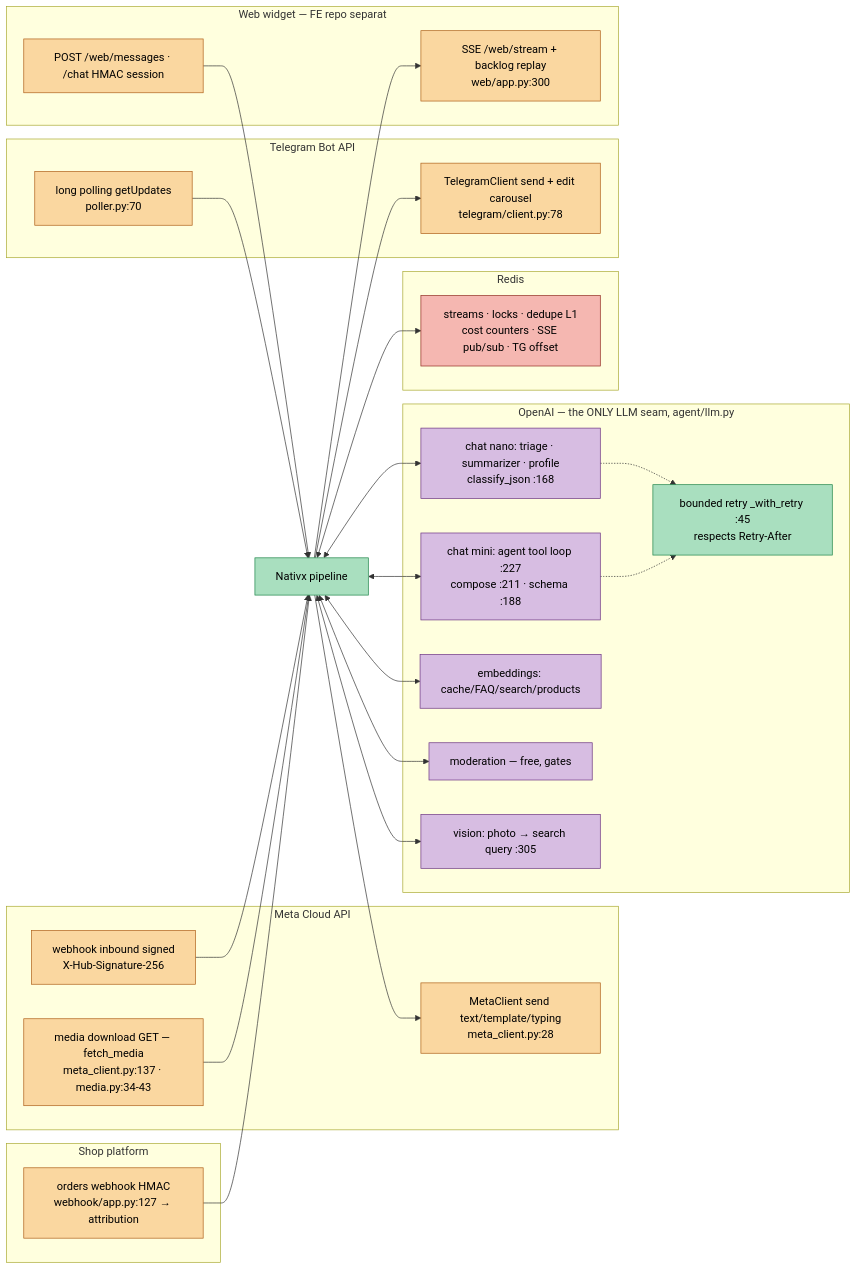
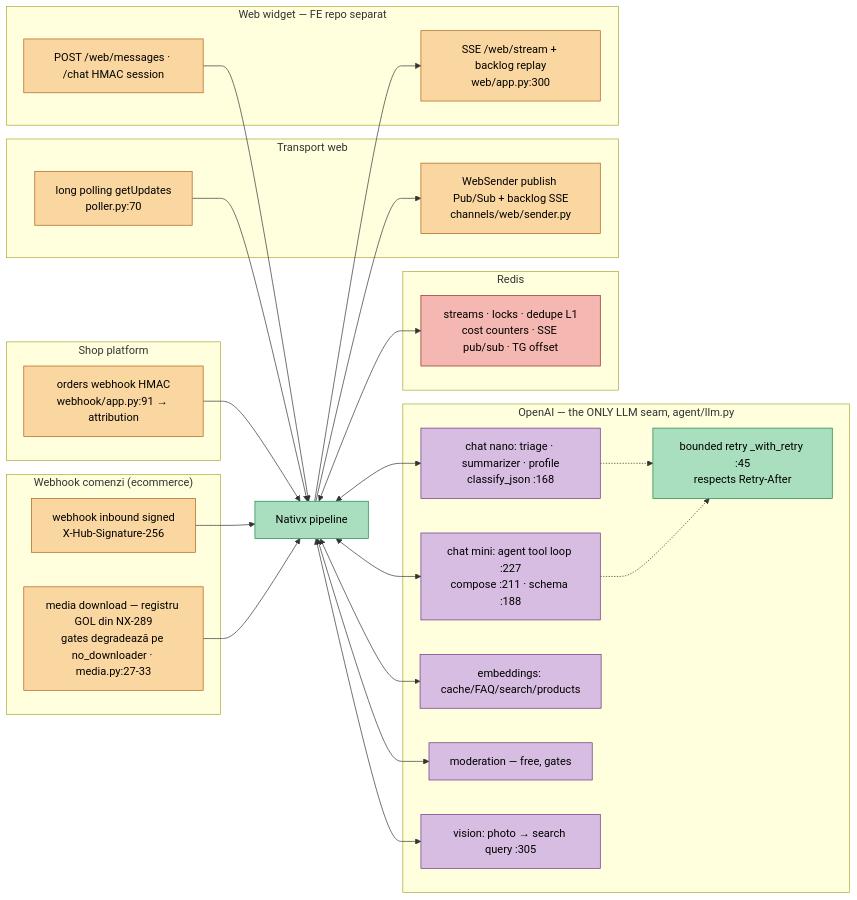
Before and after one commit to AdiBoaru/Sales-Ass: the diagram in docs/diagrams/08-external-services-workflow.mmd, drawn with Mermaid. The commit also changed 133 other files, not shown here.

First line of the commit message:
NX-289: WhatsApp si Telegram ies din proiect (cod + schema) (#362)

```diff
--- a/docs/diagrams/08-external-services-workflow.mmd
+++ b/docs/diagrams/08-external-services-workflow.mmd
@@ -1,61 +1,59 @@
 %% GENERAT din docs/ARCHITECTURE-WORKFLOWS.md — nu edita doar aici.
 %% Regenerare: python scripts/export_diagrams.py
 %% Editare vizuală: https://mermaid.live (paste tot fișierul)
 %% Diagram 8 — External Services Workflow
 flowchart LR
   classDef sys fill:#a9dfbf,stroke:#1e8449,color:#000
   classDef ext fill:#fad7a0,stroke:#af601a,color:#000
   classDef llm fill:#d7bde2,stroke:#6c3483,color:#000
   classDef q fill:#f5b7b1,stroke:#922b21,color:#000
 
   subgraph OpenAI["OpenAI — the ONLY LLM seam, agent/llm.py"]
     NANO["chat nano: triage · summarizer · profile<br/>classify_json :168"]:::llm
     MINI["chat mini: agent tool loop :227<br/>compose :211 · schema :188"]:::llm
     EMBD["embeddings: cache/FAQ/search/products"]:::llm
     MOD["moderation — free, gates"]:::llm
     VISN["vision: photo → search query :305"]:::llm
     RTY["bounded retry _with_retry :45<br/>respects Retry-After"]:::sys
   end
 
-  subgraph Meta["Meta Cloud API"]
+  subgraph Commerce["Webhook comenzi (ecommerce)"]
     MIN["webhook inbound signed<br/>X-Hub-Signature-256"]:::ext
-    MOUT["MetaClient send text/template/typing<br/>meta_client.py:28"]:::ext
-    MMED["media download GET — fetch_media<br/>meta_client.py:137 · media.py:34-43"]:::ext
+    MMED["media download — registru GOL din NX-289<br/>gates degradează pe no_downloader · media.py:27-33"]:::ext
   end
 
-  subgraph TG["Telegram Bot API"]
+  subgraph WebOut["Transport web"]
     TIN["long polling getUpdates<br/>poller.py:70"]:::ext
-    TOUT["TelegramClient send + edit carousel<br/>telegram/client.py:78"]:::ext
+    TOUT["WebSender publish Pub/Sub + backlog SSE<br/>channels/web/sender.py"]:::ext
   end
 
   subgraph Web["Web widget — FE repo separat"]
     WIN["POST /web/messages · /chat HMAC session"]:::ext
     WOUT2["SSE /web/stream + backlog replay<br/>web/app.py:300"]:::ext
   end
 
   subgraph Shop["Shop platform"]
-    OIN["orders webhook HMAC<br/>webhook/app.py:127 → attribution"]:::ext
+    OIN["orders webhook HMAC<br/>webhook/app.py:91 → attribution"]:::ext
   end
 
   subgraph RedisSvc["Redis"]
     RS["streams · locks · dedupe L1<br/>cost counters · SSE pub/sub · TG offset"]:::q
   end
 
   SYS["Nativx pipeline"]:::sys
 
   MIN --> SYS
   TIN --> SYS
   WIN --> SYS
   OIN --> SYS
   MMED --> SYS
-  SYS --> MOUT
   SYS --> TOUT
   SYS --> WOUT2
   SYS <--> RS
   SYS <--> NANO
   SYS <--> MINI
   SYS <--> EMBD
   SYS <--> MOD
   SYS <--> VISN
   NANO -.-> RTY
   MINI -.-> RTY
```
